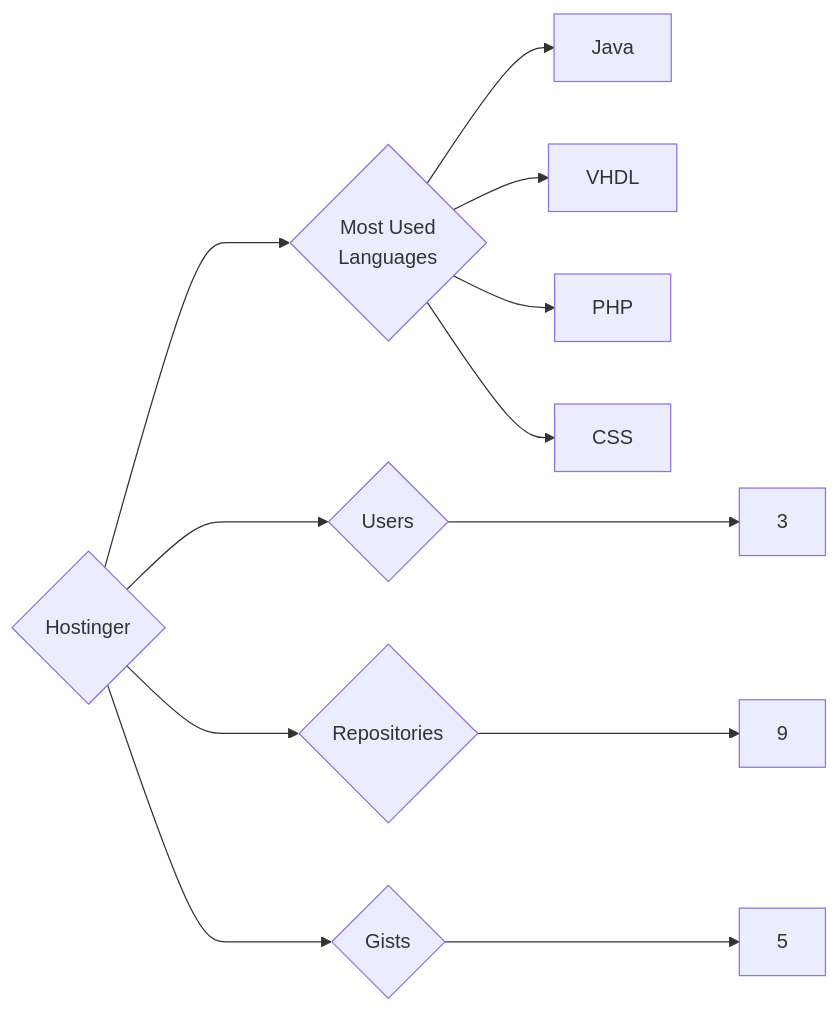
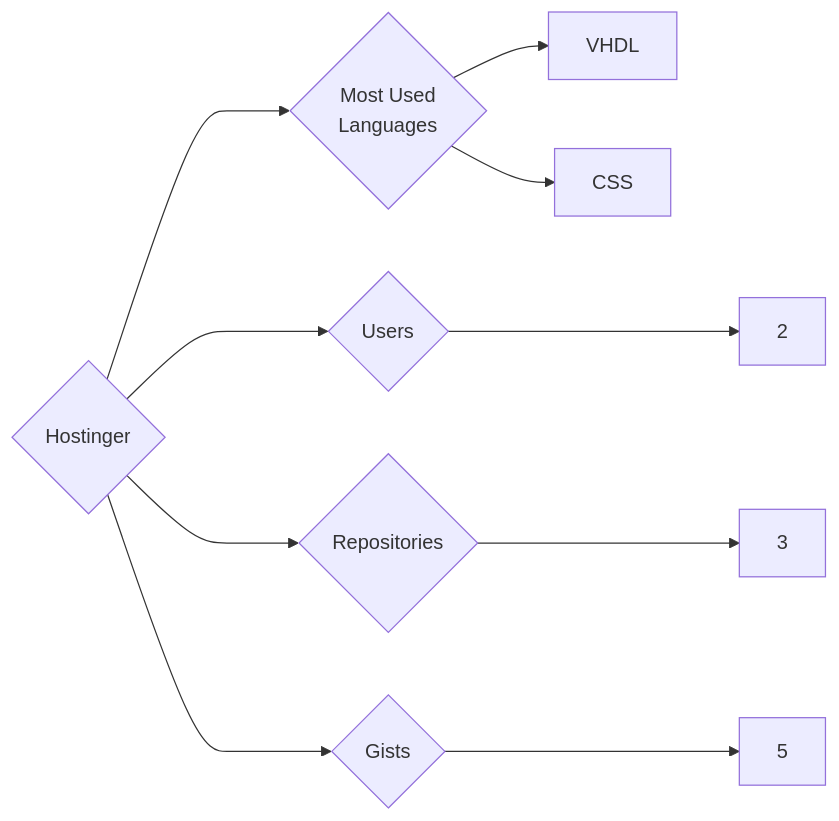
The diagram in targets/Hostinger/README.md (trickest/insiders), drawn with Mermaid before and after one commit. The commit also changed 783 other files, not shown here.

````diff
--- a/targets/Hostinger/README.md
+++ b/targets/Hostinger/README.md
@@ -3,12 +3,10 @@
 ```mermaid
 graph LR
 COMPANY_NAME{Hostinger}
-COMPANY_NAME ---> U{Users} ---> UN[3]
-COMPANY_NAME ---> R{Repositories} ---> RN[9]
+COMPANY_NAME ---> U{Users} ---> UN[2]
+COMPANY_NAME ---> R{Repositories} ---> RN[3]
 COMPANY_NAME ---> G{Gists} ---> GN[5]
 COMPANY_NAME ---> ML{Most Used<br>Languages}
-ML --> Java[Java]
 ML --> VHDL[VHDL]
-ML --> PHP[PHP]
 ML --> CSS[CSS]
 ```
````
